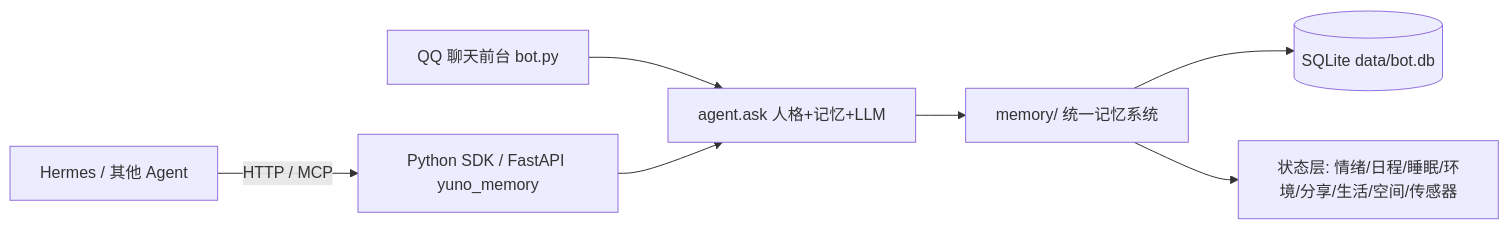
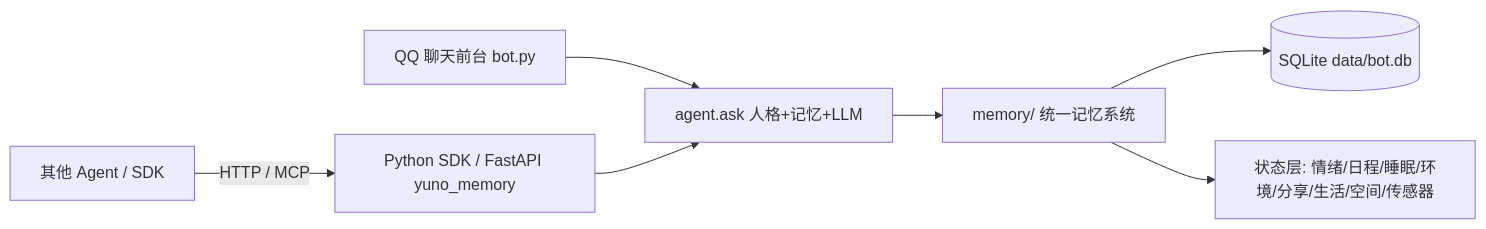
One commit to sty84/yuno-qq-bot changed the diagram in README.md. Above: the diagram before and after it, drawn with Mermaid. The commit also changed other lines of this file and 50 other files, not shown here.

````diff
--- a/README.md
+++ b/README.md
@@ -17,9 +17,9 @@
 ```mermaid
 flowchart LR
     QQ[QQ 聊天前台 bot.py] --> AG[agent.ask 人格+记忆+LLM]
     SDK[Python SDK / FastAPI yuno_memory] --> AG
-    HER[Hermes / 其他 Agent] -->|HTTP / MCP| SDK
+    EXT[其他 Agent / SDK] -->|HTTP / MCP| SDK
     AG --> MEM[memory/ 统一记忆系统]
     MEM --> DB[(SQLite data/bot.db)]
     MEM --> ST[状态层: 情绪/日程/睡眠/环境/分享/生活/空间/传感器]
 ```
````
